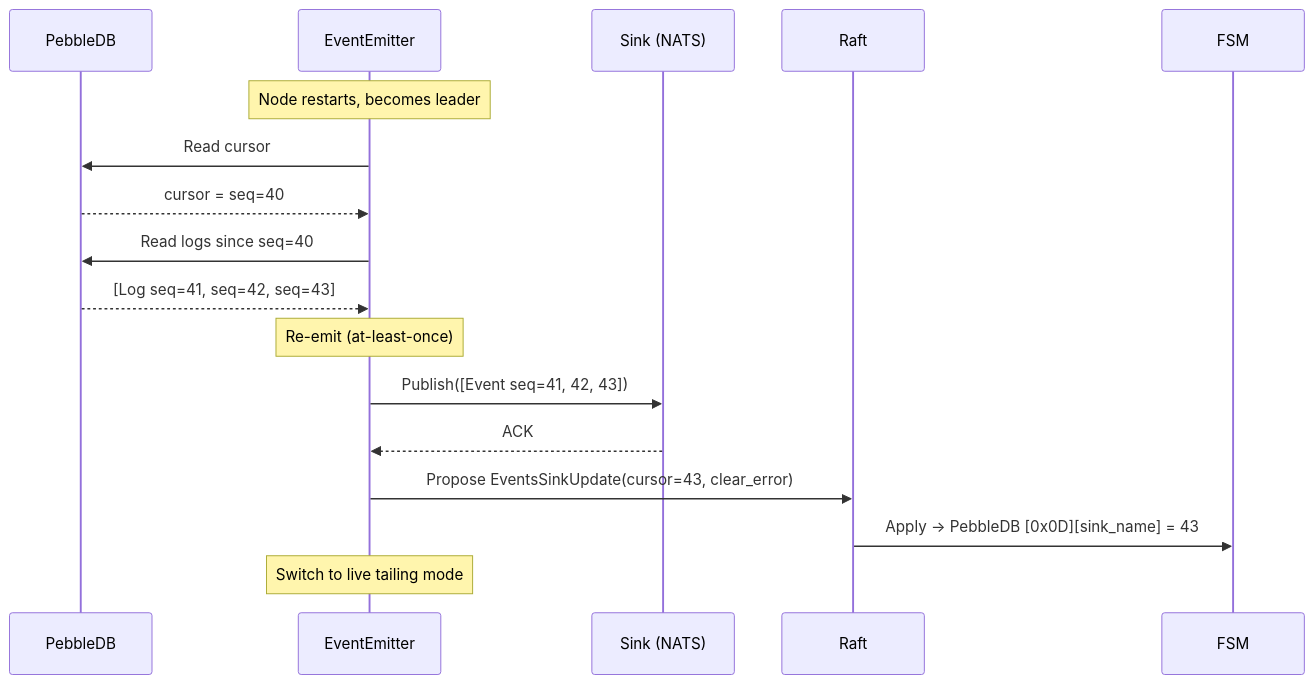
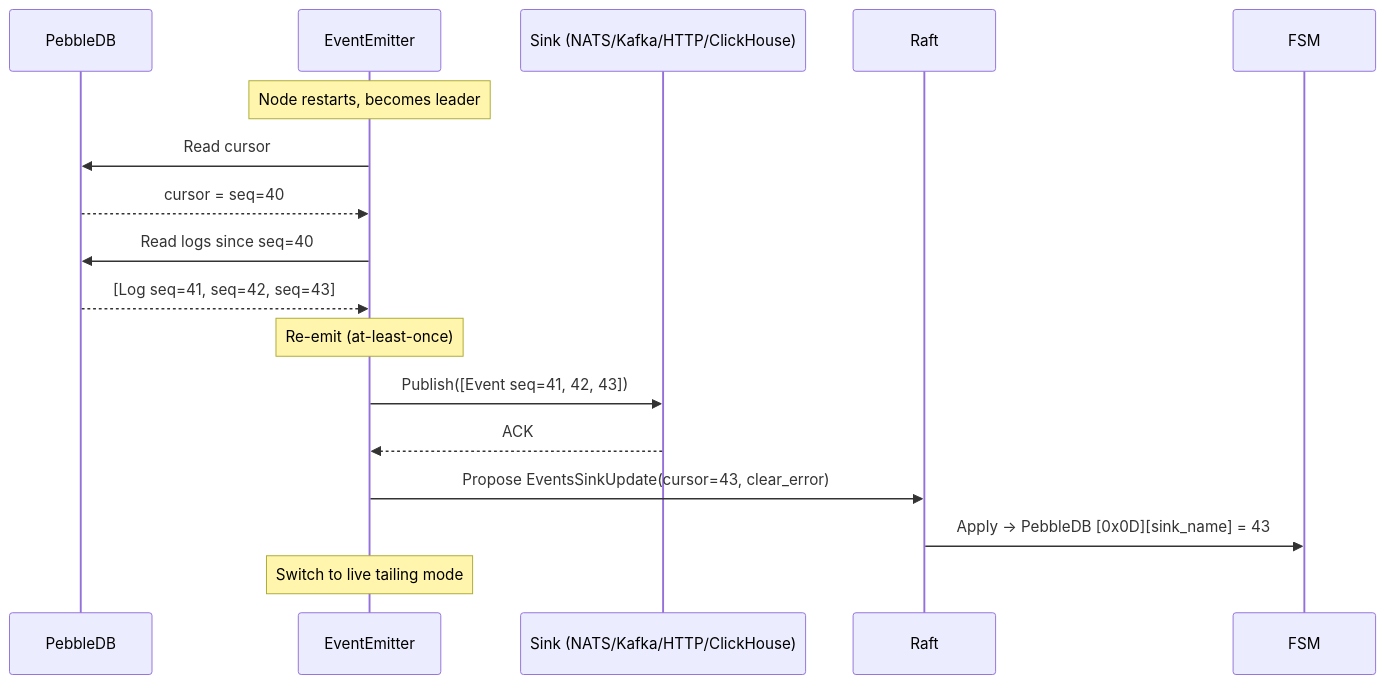
Before and after one commit to formancehq/ledger: the second of 2 diagrams in docs/dev/architecture/events.md, drawn with Mermaid. The commit also changed other lines of this file, not shown here.

First line of the commit message:
docs: update events architecture with all sink implementations

````diff
--- a/docs/dev/architecture/events.md
+++ b/docs/dev/architecture/events.md
@@ -505,21 +523,21 @@
 ```mermaid
 sequenceDiagram
     participant PebbleDB
     participant Emitter as EventEmitter
-    participant Sink as Sink (NATS)
+    participant Sink as Sink (NATS/Kafka/HTTP/ClickHouse)
 
     Note over Emitter: Node restarts, becomes leader
     Emitter->>PebbleDB: Read cursor
     PebbleDB-->>Emitter: cursor = seq=40
 
     Emitter->>PebbleDB: Read logs since seq=40
     PebbleDB-->>Emitter: [Log seq=41, seq=42, seq=43]
 
     Note over Emitter: Re-emit (at-least-once)
     Emitter->>Sink: Publish([Event seq=41, 42, 43])
     Sink-->>Emitter: ACK
     Emitter->>Raft: Propose EventsSinkUpdate(cursor=43, clear_error)
     Raft->>FSM: Apply → PebbleDB [0x0D][sink_name] = 43
 
     Note over Emitter: Switch to live tailing mode
 ```
````
